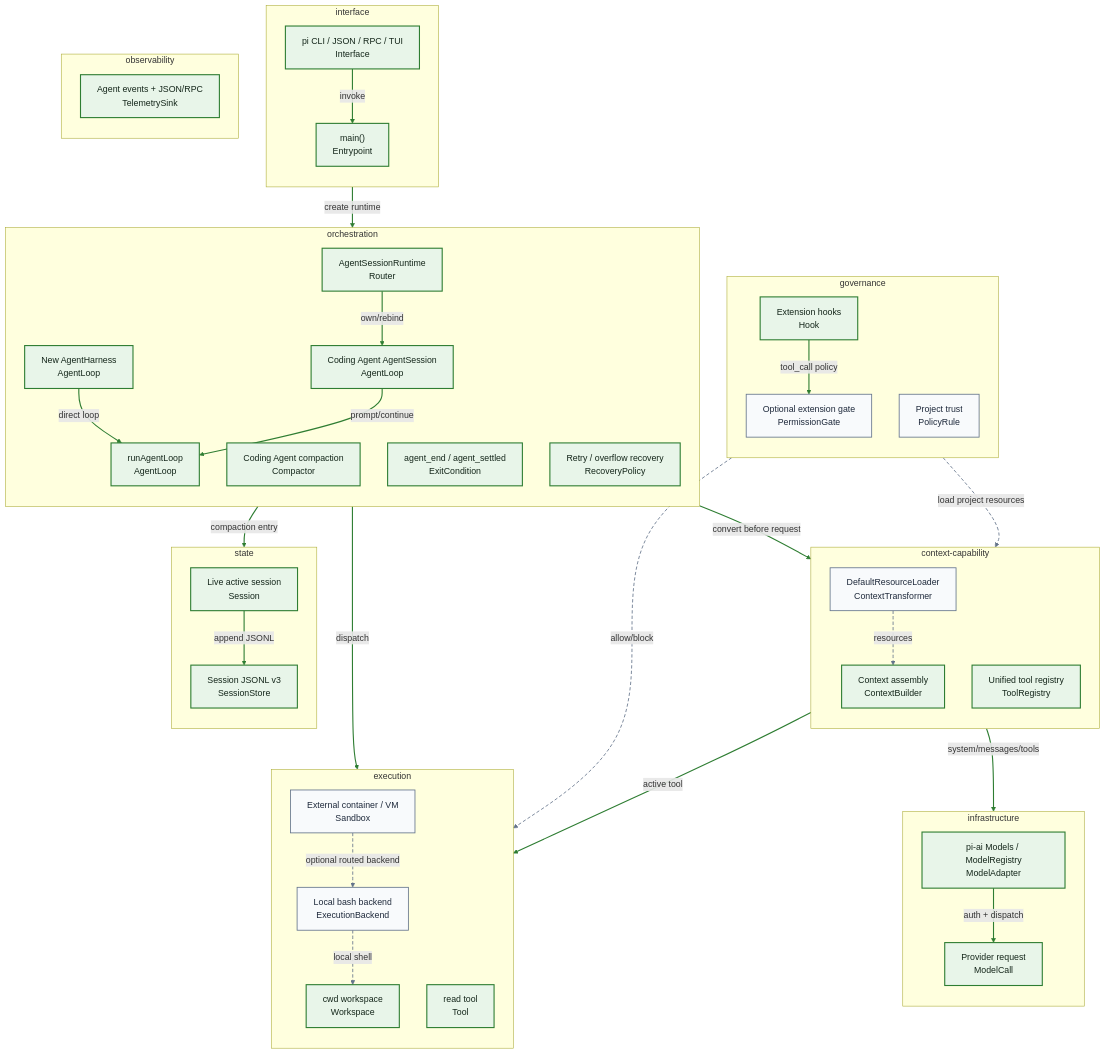
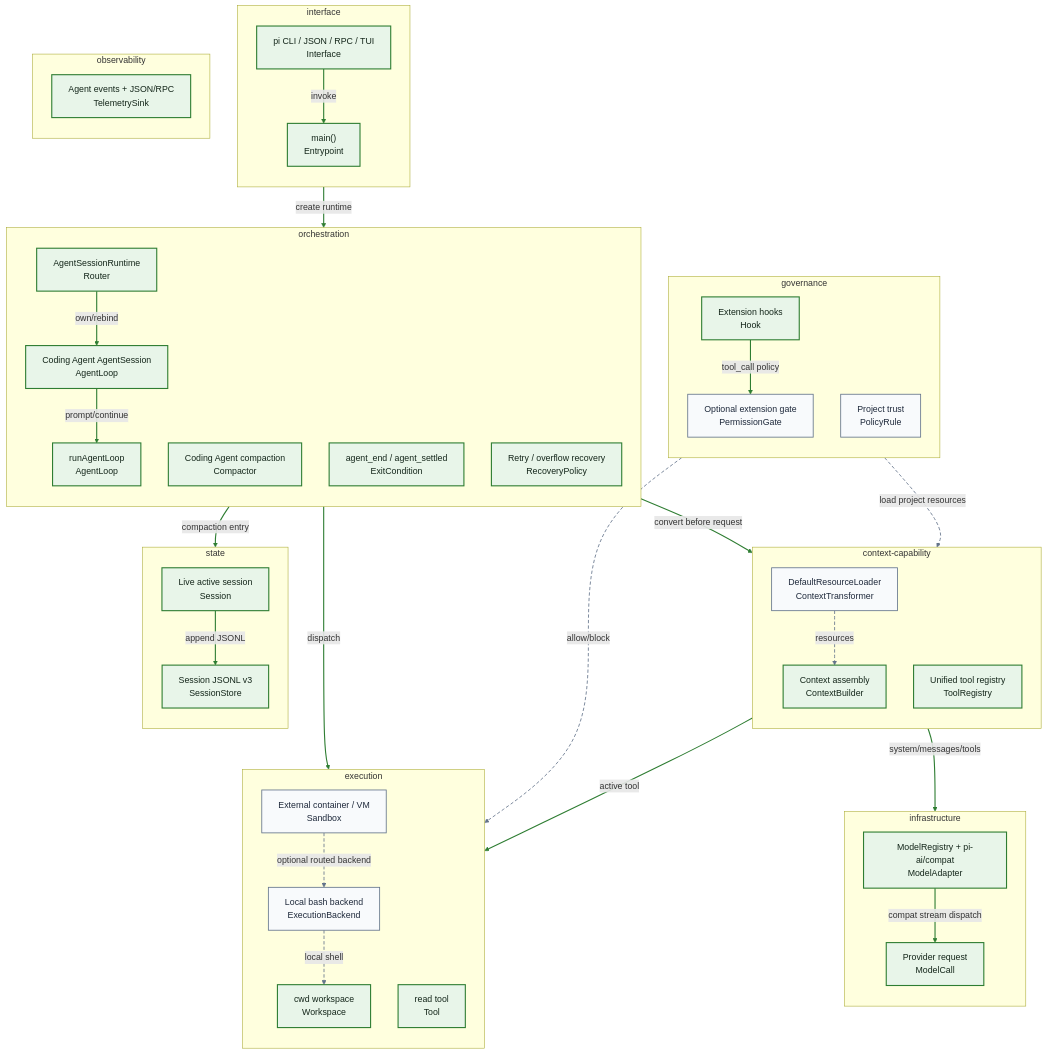
The diagram in pi-harness-analysis/diagrams/layered-architecture.mmd (IcyFeather233/awesome-harness-analysis), drawn with Mermaid before and after one commit. The commit also changed 107 other files, not shown here.

```diff
--- a/pi-harness-analysis/diagrams/layered-architecture.mmd
+++ b/pi-harness-analysis/diagrams/layered-architecture.mmd
@@ -1,93 +1,90 @@
 flowchart TB
   %% Layered Architecture
   classDef observed fill:#E8F5E9,stroke:#2E7D32,color:#14261A,stroke-width:2px;
   classDef staticOnly fill:#F8FAFC,stroke:#64748B,color:#1E293B,stroke-width:1.5px;
   classDef inferred fill:#FFF7ED,stroke:#B45309,color:#431407,stroke-width:1.5px;
   classDef conflicted fill:#FEF2F2,stroke:#B91C1C,color:#450A0A,stroke-width:2.5px;
   classDef unknown fill:#F8FAFC,stroke:#94A3B8,color:#475569,stroke-width:1.5px;
   subgraph g_28bc19020736["context-capability"]
     direction TB
     n_3af45ee25e84["Context assembly<br/>ContextBuilder"]
     n_eae4eb8662ed["DefaultResourceLoader<br/>ContextTransformer"]
     n_26809c922930["Unified tool registry<br/>ToolRegistry"]
   end
   subgraph g_4f094061e6a1["execution"]
     direction TB
     n_66d060a3ce72["Local bash backend<br/>ExecutionBackend"]
     n_a17ca7733626["External container / VM<br/>Sandbox"]
     n_c223520f774e["read tool<br/>Tool"]
     n_94fdf21bba59["cwd workspace<br/>Workspace"]
   end
   subgraph g_8723ff5ff3ee["governance"]
     direction TB
     n_9b238fc5ebe1["Extension hooks<br/>Hook"]
     n_1606289c70f4["Optional extension gate<br/>PermissionGate"]
     n_bfbbd360512f["Project trust<br/>PolicyRule"]
   end
   subgraph g_215bf50cac07["infrastructure"]
     direction TB
-    n_fefc5c1c7ccb["pi-ai Models / ModelRegistry<br/>ModelAdapter"]
+    n_fefc5c1c7ccb["ModelRegistry + pi-ai/compat<br/>ModelAdapter"]
     n_6327a3e9cdd9["Provider request<br/>ModelCall"]
   end
   subgraph g_2f995d99d5f5["interface"]
     direction TB
     n_822e4631e8d0["main()<br/>Entrypoint"]
     n_d82b55feeebb["pi CLI / JSON / RPC / TUI<br/>Interface"]
   end
   subgraph g_956f59a87276["observability"]
     direction TB
     n_95a05335b894["Agent events + JSON/RPC<br/>TelemetrySink"]
   end
   subgraph g_2c174a8c5967["orchestration"]
     direction TB
     n_825e7b7c4e51["Coding Agent AgentSession<br/>AgentLoop"]
-    n_546fb0dae98a["New AgentHarness<br/>AgentLoop"]
     n_1f48ee0d4fd8["runAgentLoop<br/>AgentLoop"]
     n_2fb97928aabe["Coding Agent compaction<br/>Compactor"]
     n_9021d26f0f99["agent_end / agent_settled<br/>ExitCondition"]
     n_c1d0b90b4198["Retry / overflow recovery<br/>RecoveryPolicy"]
     n_cb9c10e1a22e["AgentSessionRuntime<br/>Router"]
   end
   subgraph g_9aa3032ea548["state"]
     direction TB
     n_6fad310cfe27["Live active session<br/>Session"]
     n_110ebbcc690b["Session JSONL v3<br/>SessionStore"]
   end
-  class n_825e7b7c4e51,n_546fb0dae98a,n_1f48ee0d4fd8,n_2fb97928aabe,n_3af45ee25e84,n_822e4631e8d0,n_9021d26f0f99,n_9b238fc5ebe1,n_d82b55feeebb,n_fefc5c1c7ccb,n_6327a3e9cdd9,n_c1d0b90b4198,n_cb9c10e1a22e,n_6fad310cfe27,n_110ebbcc690b,n_95a05335b894,n_c223520f774e,n_26809c922930,n_94fdf21bba59 observed;
+  class n_825e7b7c4e51,n_1f48ee0d4fd8,n_2fb97928aabe,n_3af45ee25e84,n_822e4631e8d0,n_9021d26f0f99,n_9b238fc5ebe1,n_d82b55feeebb,n_fefc5c1c7ccb,n_6327a3e9cdd9,n_c1d0b90b4198,n_cb9c10e1a22e,n_6fad310cfe27,n_110ebbcc690b,n_95a05335b894,n_c223520f774e,n_26809c922930,n_94fdf21bba59 observed;
   class n_eae4eb8662ed,n_66d060a3ce72,n_1606289c70f4,n_bfbbd360512f,n_a17ca7733626 staticOnly;
-  n_546fb0dae98a -->|"direct loop"| n_1f48ee0d4fd8
   n_825e7b7c4e51 -->|"prompt/continue"| n_1f48ee0d4fd8
   n_66d060a3ce72 -.->|"local shell"| n_94fdf21bba59
   n_d82b55feeebb -->|"invoke"| n_822e4631e8d0
   n_2fb97928aabe -->|"compaction entry"| n_110ebbcc690b
   n_3af45ee25e84 -->|"system/messages/tools"| n_6327a3e9cdd9
   n_a17ca7733626 -.->|"optional routed backend"| n_66d060a3ce72
   n_9b238fc5ebe1 -->|"tool_call policy"| n_1606289c70f4
   n_1f48ee0d4fd8 -->|"convert before request"| n_3af45ee25e84
   n_1f48ee0d4fd8 -->|"dispatch"| n_c223520f774e
   n_822e4631e8d0 -->|"create runtime"| n_cb9c10e1a22e
-  n_fefc5c1c7ccb -->|"auth + dispatch"| n_6327a3e9cdd9
+  n_fefc5c1c7ccb -->|"compat stream dispatch"| n_6327a3e9cdd9
   n_1606289c70f4 -.->|"allow/block"| n_c223520f774e
   n_bfbbd360512f -.->|"load project resources"| n_eae4eb8662ed
   n_eae4eb8662ed -.->|"resources"| n_3af45ee25e84
   n_6fad310cfe27 -->|"append JSONL"| n_110ebbcc690b
   n_cb9c10e1a22e -->|"own/rebind"| n_825e7b7c4e51
   n_26809c922930 -->|"active tool"| n_c223520f774e
   linkStyle 0 stroke:#2E7D32,stroke-width:2px;
-  linkStyle 1 stroke:#2E7D32,stroke-width:2px;
-  linkStyle 2 stroke:#64748B,stroke-width:1.5px,stroke-dasharray:6 4;
+  linkStyle 1 stroke:#64748B,stroke-width:1.5px,stroke-dasharray:6 4;
+  linkStyle 2 stroke:#2E7D32,stroke-width:2px;
   linkStyle 3 stroke:#2E7D32,stroke-width:2px;
   linkStyle 4 stroke:#2E7D32,stroke-width:2px;
-  linkStyle 5 stroke:#2E7D32,stroke-width:2px;
-  linkStyle 6 stroke:#64748B,stroke-width:1.5px,stroke-dasharray:6 4;
+  linkStyle 5 stroke:#64748B,stroke-width:1.5px,stroke-dasharray:6 4;
+  linkStyle 6 stroke:#2E7D32,stroke-width:2px;
   linkStyle 7 stroke:#2E7D32,stroke-width:2px;
   linkStyle 8 stroke:#2E7D32,stroke-width:2px;
   linkStyle 9 stroke:#2E7D32,stroke-width:2px;
   linkStyle 10 stroke:#2E7D32,stroke-width:2px;
-  linkStyle 11 stroke:#2E7D32,stroke-width:2px;
+  linkStyle 11 stroke:#64748B,stroke-width:1.5px,stroke-dasharray:6 4;
   linkStyle 12 stroke:#64748B,stroke-width:1.5px,stroke-dasharray:6 4;
   linkStyle 13 stroke:#64748B,stroke-width:1.5px,stroke-dasharray:6 4;
-  linkStyle 14 stroke:#64748B,stroke-width:1.5px,stroke-dasharray:6 4;
+  linkStyle 14 stroke:#2E7D32,stroke-width:2px;
   linkStyle 15 stroke:#2E7D32,stroke-width:2px;
   linkStyle 16 stroke:#2E7D32,stroke-width:2px;
-  linkStyle 17 stroke:#2E7D32,stroke-width:2px;
```
